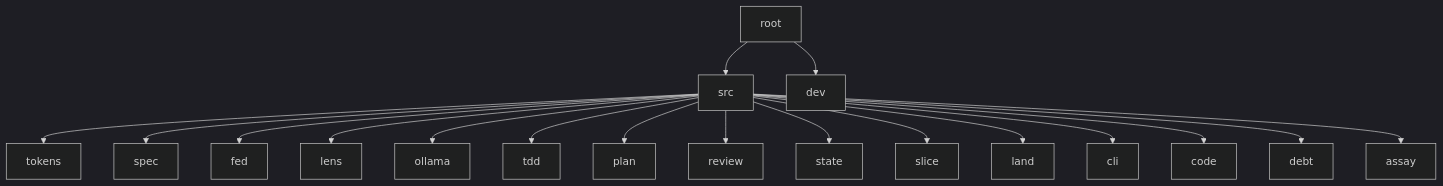
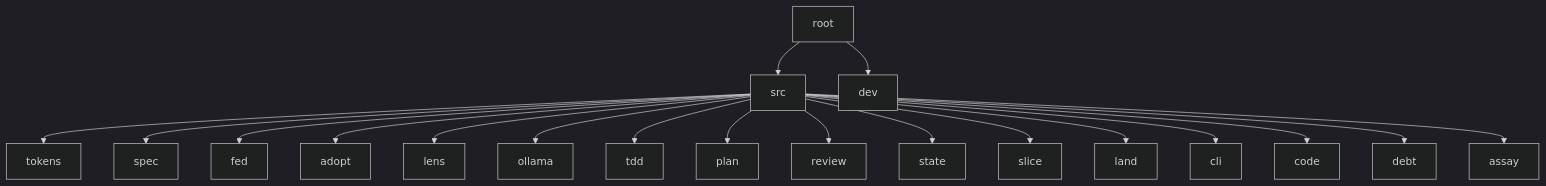
Before and after one commit to pr0d1r2/sherd: the diagram in README.md, drawn with Mermaid (dark theme). The commit also changed other lines of this file and 24 other files, not shown here.

````diff
--- a/README.md
+++ b/README.md
@@ -109,38 +110,40 @@
 ```mermaid
 graph TD
     root[root]
     src[src]
     dev[dev]
     src_tokens[tokens]
     src_spec[spec]
     src_fed[fed]
+    src_adopt[adopt]
     src_lens[lens]
     src_ollama[ollama]
     src_tdd[tdd]
     src_plan[plan]
     src_review[review]
     src_state[state]
     src_slice[slice]
     src_land[land]
     src_cli[cli]
     src_code[code]
     src_debt[debt]
     src_assay[assay]
     root --> src
     root --> dev
     src --> src_tokens
     src --> src_spec
     src --> src_fed
+    src --> src_adopt
     src --> src_lens
     src --> src_ollama
     src --> src_tdd
     src --> src_plan
     src --> src_review
     src --> src_state
     src --> src_slice
     src --> src_land
     src --> src_cli
     src --> src_code
     src --> src_debt
     src --> src_assay
 ```
````
